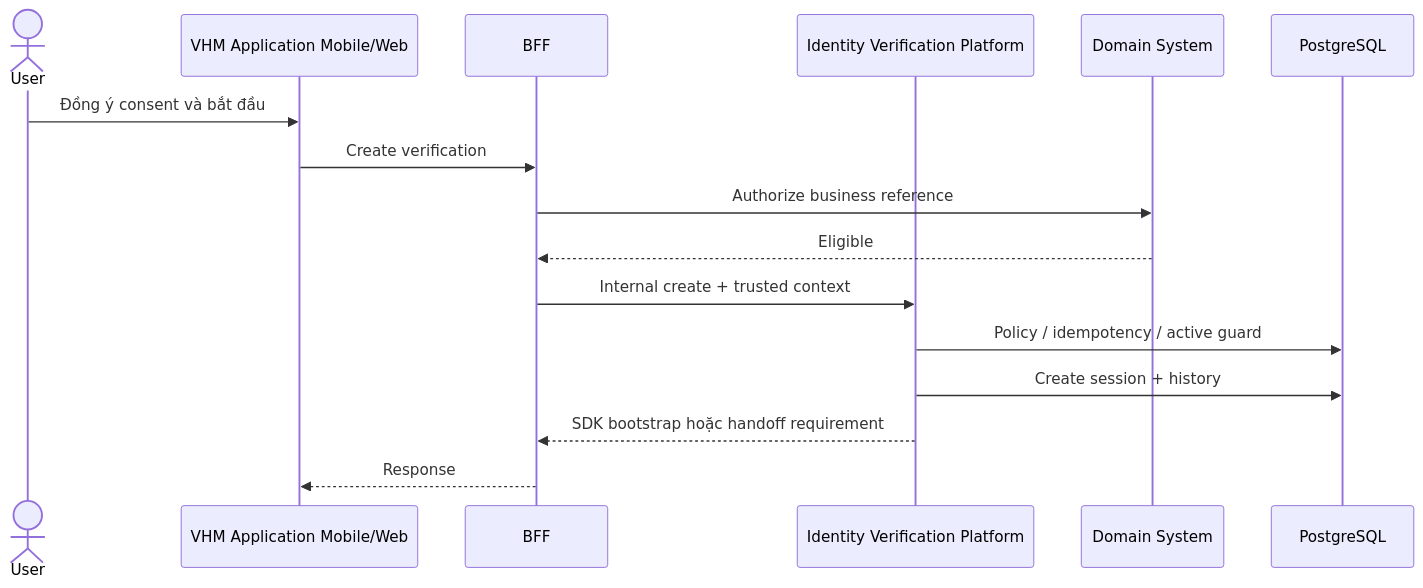
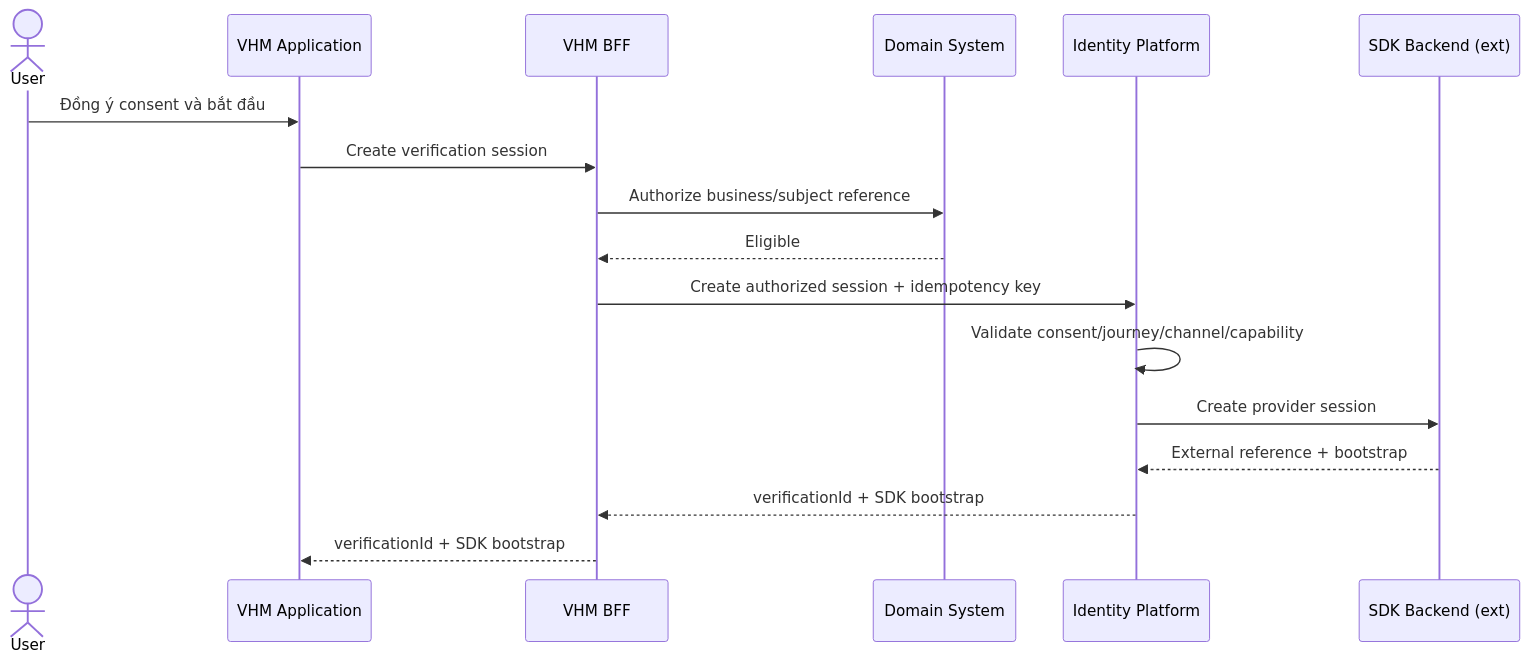
Diagram 13 of 23 in README.md (huynv-xyz/vhm), drawn with Mermaid before and after one commit. The commit also changed other lines of this file, not shown here.

````diff
--- a/README.md
+++ b/README.md
@@ -1998,18 +1729,19 @@
 ```mermaid
 sequenceDiagram
     actor User
-    participant APP as VHM Application Mobile/Web
-    participant BFF
-    participant IV as Identity Verification Platform
+    participant APP as VHM Application
+    participant BFF as VHM BFF
     participant DOMAIN as Domain System
-    participant PG as PostgreSQL
+    participant IV as Identity Platform
+    participant BACKEND as SDK Backend (ext)
     User->>APP: Đồng ý consent và bắt đầu
-    APP->>BFF: Create verification
-    BFF->>DOMAIN: Authorize business reference
+    APP->>BFF: Create verification session
+    BFF->>DOMAIN: Authorize business/subject reference
     DOMAIN-->>BFF: Eligible
-    BFF->>IV: Internal create + trusted context
-    IV->>PG: Policy / idempotency / active guard
-    IV->>PG: Create session + history
-    IV-->>BFF: SDK bootstrap hoặc handoff requirement
-    BFF-->>APP: Response
+    BFF->>IV: Create authorized session + idempotency key
+    IV->>IV: Validate consent/journey/channel/capability
+    IV->>BACKEND: Create provider session
+    BACKEND-->>IV: External reference + bootstrap
+    IV-->>BFF: verificationId + SDK bootstrap
+    BFF-->>APP: verificationId + SDK bootstrap
 ```
````
